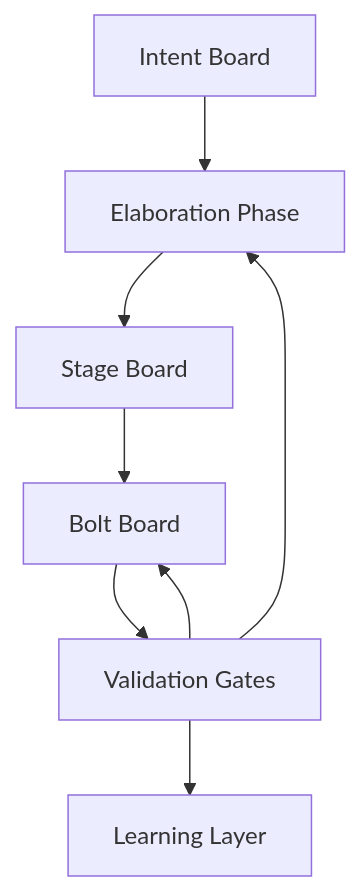
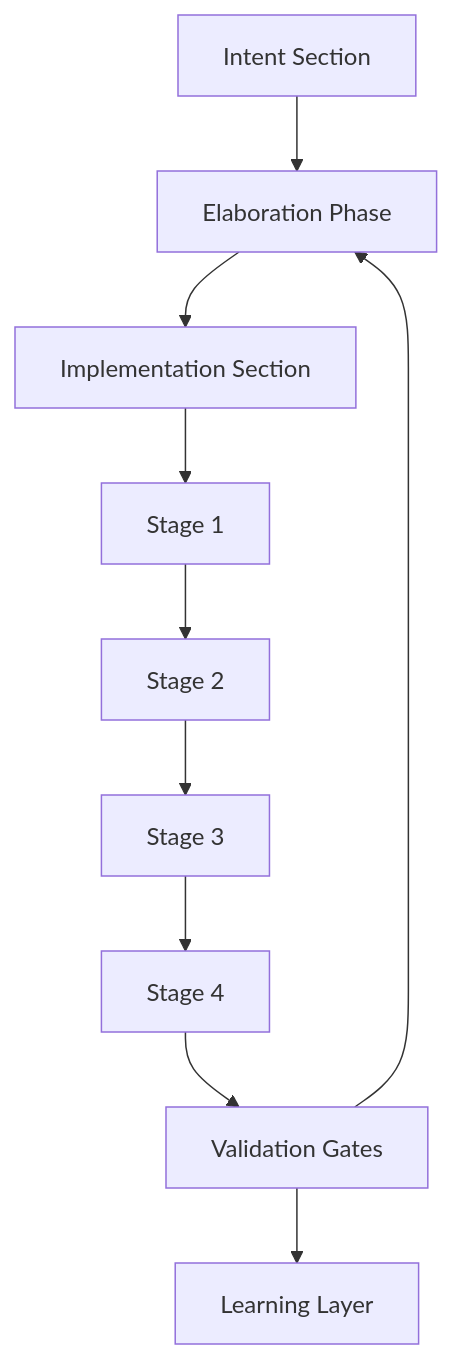
Before and after one commit to samudrak99x/nethra-data-explorer: the diagram in doc/ai-dlc/nethra-concept.md, drawn with Mermaid. The commit also changed other lines of this file and 3 other files, not shown here.

````diff
--- a/doc/ai-dlc/nethra-concept.md
+++ b/doc/ai-dlc/nethra-concept.md
@@ -21,10 +25,12 @@
 ```mermaid
 flowchart TD
-    A[Intent Board] --> B[Elaboration Phase]
-    B --> C[Stage Board]
-    C --> D[Bolt Board]
-    D --> E[Validation Gates]
-    E --> F[Learning Layer]
-    E --> B
-    E --> D
+    A[Intent Section] --> B[Elaboration Phase]
+    B --> C[Implementation Section]
+    C --> D[Stage 1]
+    D --> E[Stage 2]
+    E --> F[Stage 3]
+    F --> G[Stage 4]
+    G --> H[Validation Gates]
+    H --> I[Learning Layer]
+    H --> B
 ```
````
